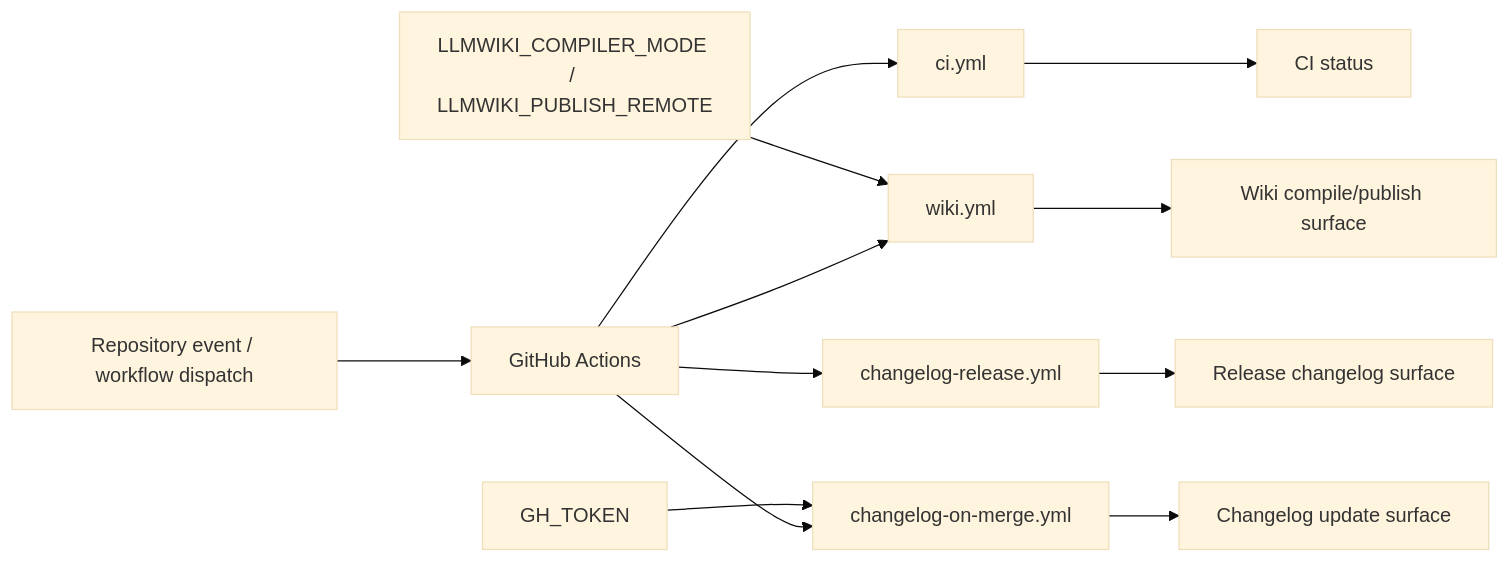
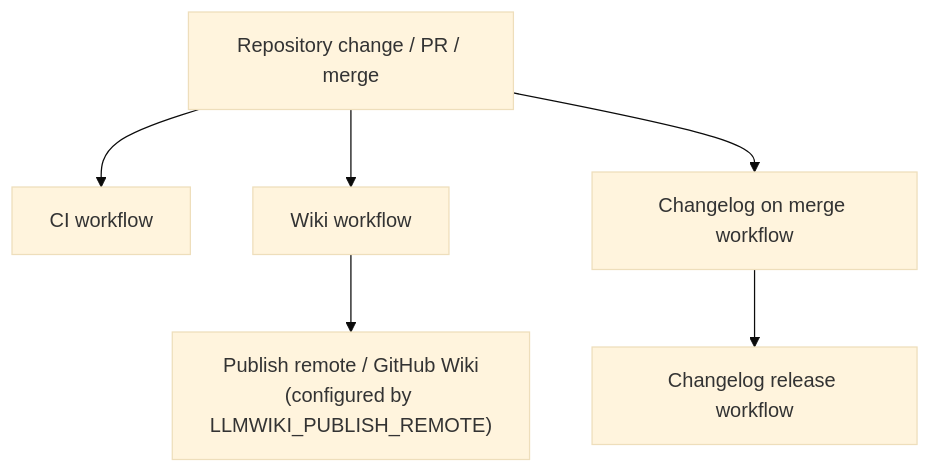
Before and after one commit to mfittko/repo-wiki: the fifth of 5 diagrams in Architecture.md, drawn with Mermaid (base theme). The commit also changed other lines of this file and 46 other files, not shown here.

Commit message:
Compile repository wiki 2026-06-12T23:17:13.206Z

````diff
--- a/Architecture.md
+++ b/Architecture.md
@@ -220,17 +241,15 @@
 ```mermaid
-flowchart LR
-  RepoEvent["Repository event / workflow dispatch"] --> GHActions["GitHub Actions"]
+flowchart TD
+  Change["Repository change / PR / merge"]
+  CI["CI workflow"]
+  Wiki["Wiki workflow"]
+  ChangelogMerge["Changelog on merge workflow"]
+  ChangelogRelease["Changelog release workflow"]
+  PublishRemote["Publish remote / GitHub Wiki<br/>(configured by LLMWIKI_PUBLISH_REMOTE)"]
 
-  GHActions --> CI["ci.yml"]
-  GHActions --> Wiki["wiki.yml"]
-  GHActions --> ChangelogMerge["changelog-on-merge.yml"]
-  GHActions --> ChangelogRelease["changelog-release.yml"]
-
-  WikiEnv["LLMWIKI_COMPILER_MODE / LLMWIKI_PUBLISH_REMOTE"] --> Wiki
-  ChangelogEnv["GH_TOKEN"] --> ChangelogMerge
-
-  CI --> CIStatus["CI status"]
-  Wiki --> WikiSurface["Wiki compile/publish surface"]
-  ChangelogMerge --> ChangelogSurface["Changelog update surface"]
-  ChangelogRelease --> ReleaseChangelogSurface["Release changelog surface"]
+  Change --> CI
+  Change --> Wiki
+  Change --> ChangelogMerge
+  ChangelogMerge --> ChangelogRelease
+  Wiki --> PublishRemote
 ```
````
